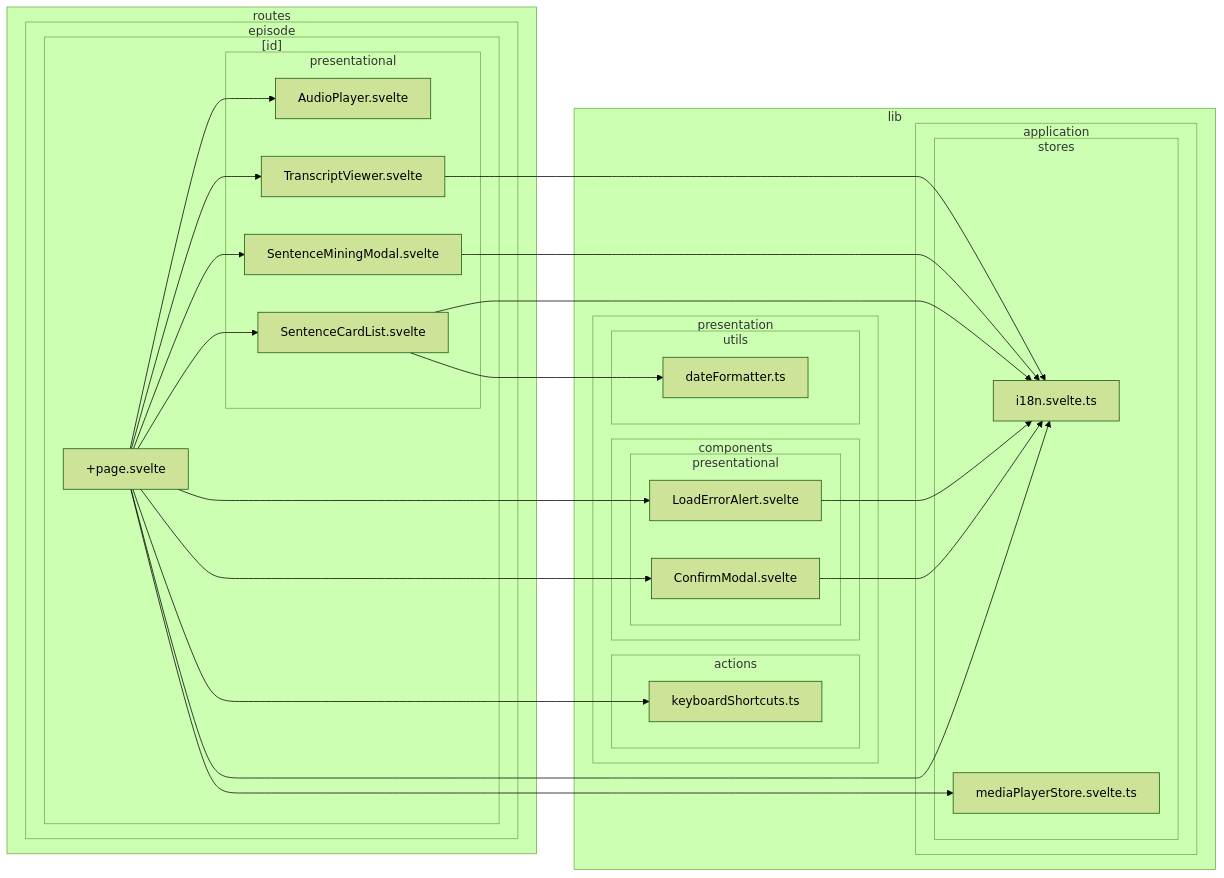
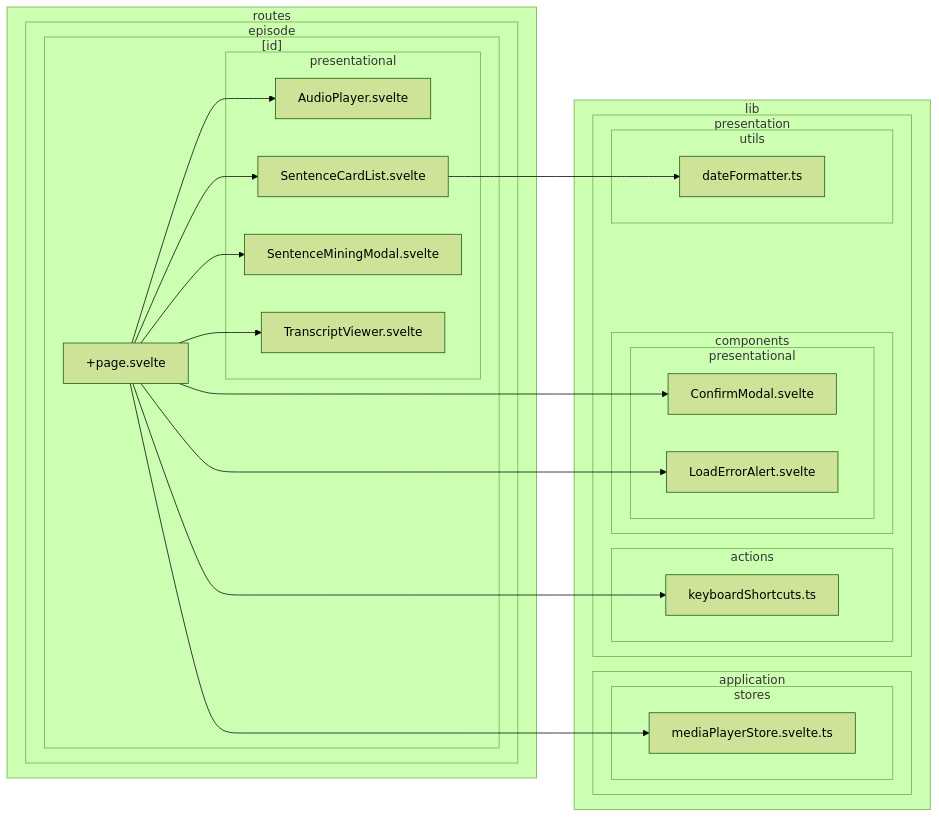
Before and after one commit to k5n/kotonoha: the third of 38 diagrams in doc/dependency-graph.md, drawn with Mermaid (forest theme). The commit also changed other lines of this file and 1 other file, not shown here.

Commit message:
refactor: Exclude i18n store from presentation layer dependency graphs to reduce noise

````diff
--- a/doc/dependency-graph.md
+++ b/doc/dependency-graph.md
@@ -186,53 +160,46 @@
 ```mermaid
 graph LR
         subgraph sg_lib ["lib"]
             subgraph sg_lib_application ["application"]
                 subgraph sg_lib_application_stores ["stores"]
-                    src_lib_application_stores_i18n_svelte_ts["i18n.svelte.ts"]
                     src_lib_application_stores_mediaPlayerStore_svelte_ts["mediaPlayerStore.svelte.ts"]
                 end
             end
             subgraph sg_lib_presentation ["presentation"]
                 subgraph sg_lib_presentation_actions ["actions"]
                     src_lib_presentation_actions_keyboardShortcuts_ts["keyboardShortcuts.ts"]
                 end
                 subgraph sg_lib_presentation_components ["components"]
                     subgraph sg_lib_presentation_components_presentational ["presentational"]
                         src_lib_presentation_components_presentational_ConfirmModal_svelte["ConfirmModal.svelte"]
                         src_lib_presentation_components_presentational_LoadErrorAlert_svelte["LoadErrorAlert.svelte"]
                     end
                 end
                 subgraph sg_lib_presentation_utils ["utils"]
                     src_lib_presentation_utils_dateFormatter_ts["dateFormatter.ts"]
                 end
             end
         end
         subgraph sg_routes ["routes"]
             subgraph sg_routes_episode ["episode"]
                 subgraph sg_routes_episode__id_ ["[id]"]
                     src_routes_episode__id___page_svelte["+page.svelte"]
                     subgraph sg_routes_episode__id__presentational ["presentational"]
                         src_routes_episode__id__presentational_AudioPlayer_svelte["AudioPlayer.svelte"]
                         src_routes_episode__id__presentational_SentenceCardList_svelte["SentenceCardList.svelte"]
                         src_routes_episode__id__presentational_SentenceMiningModal_svelte["SentenceMiningModal.svelte"]
                         src_routes_episode__id__presentational_TranscriptViewer_svelte["TranscriptViewer.svelte"]
                     end
                 end
             end
         end
-    src_routes_episode__id___page_svelte --> src_lib_application_stores_i18n_svelte_ts
     src_routes_episode__id___page_svelte --> src_lib_application_stores_mediaPlayerStore_svelte_ts
     src_routes_episode__id___page_svelte --> src_lib_presentation_actions_keyboardShortcuts_ts
     src_routes_episode__id___page_svelte --> src_lib_presentation_components_presentational_ConfirmModal_svelte
     src_routes_episode__id___page_svelte --> src_lib_presentation_components_presentational_LoadErrorAlert_svelte
     src_routes_episode__id___page_svelte --> src_routes_episode__id__presentational_AudioPlayer_svelte
     src_routes_episode__id___page_svelte --> src_routes_episode__id__presentational_SentenceCardList_svelte
     src_routes_episode__id___page_svelte --> src_routes_episode__id__presentational_SentenceMiningModal_svelte
     src_routes_episode__id___page_svelte --> src_routes_episode__id__presentational_TranscriptViewer_svelte
-    src_lib_presentation_components_presentational_ConfirmModal_svelte --> src_lib_application_stores_i18n_svelte_ts
-    src_lib_presentation_components_presentational_LoadErrorAlert_svelte --> src_lib_application_stores_i18n_svelte_ts
-    src_routes_episode__id__presentational_SentenceCardList_svelte --> src_lib_application_stores_i18n_svelte_ts
     src_routes_episode__id__presentational_SentenceCardList_svelte --> src_lib_presentation_utils_dateFormatter_ts
-    src_routes_episode__id__presentational_SentenceMiningModal_svelte --> src_lib_application_stores_i18n_svelte_ts
-    src_routes_episode__id__presentational_TranscriptViewer_svelte --> src_lib_application_stores_i18n_svelte_ts
 ```
````
